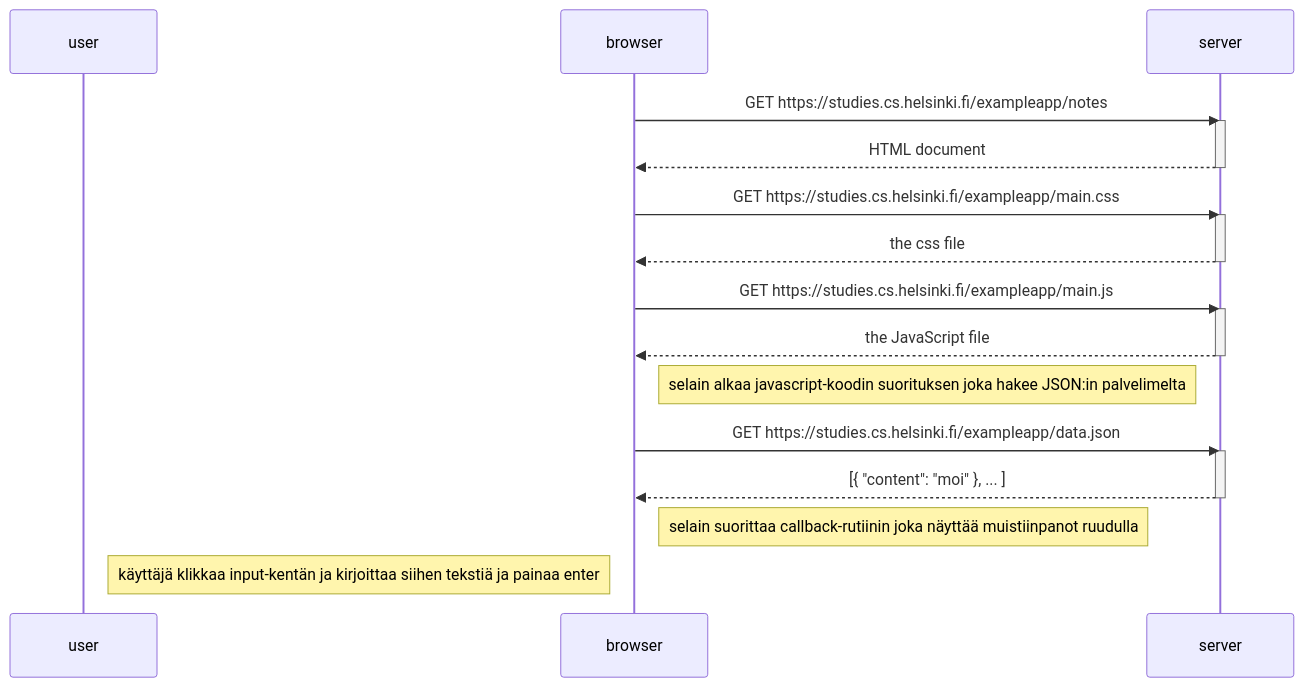
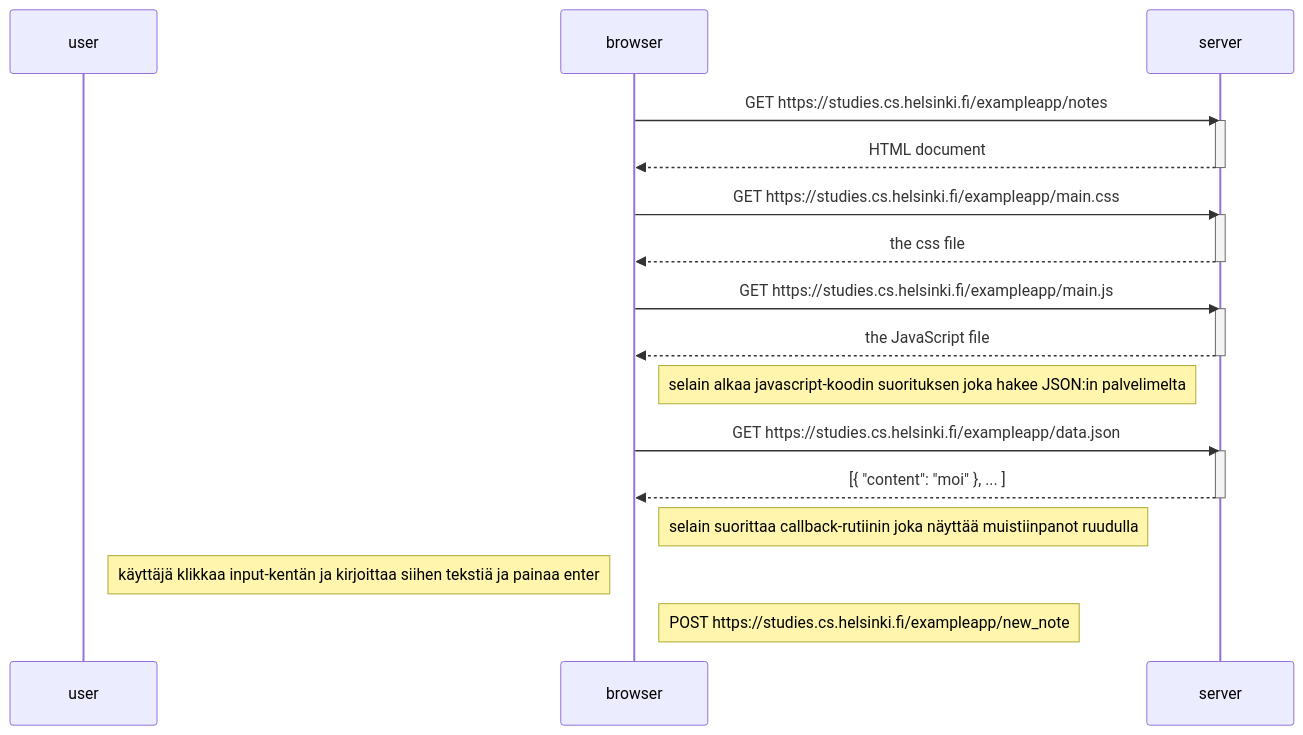
Before and after one commit to moocjsi/mooc-harj03: the diagram in mermaid-test6.md, drawn with Mermaid.

````diff
--- a/mermaid-test6.md
+++ b/mermaid-test6.md
@@ -1,33 +1,36 @@
 ```mermaid
 sequenceDiagram
     participant user
     participant browser
     participant server
     
     browser->>server: GET https://studies.cs.helsinki.fi/exampleapp/notes
     activate server
     server-->>browser: HTML document
     deactivate server
 
     browser->>server: GET https://studies.cs.helsinki.fi/exampleapp/main.css
     activate server
     server-->>browser: the css file
     deactivate server
 
     browser->>server: GET https://studies.cs.helsinki.fi/exampleapp/main.js
     activate server
     server-->>browser: the JavaScript file
     deactivate server
 
     Note right of browser: selain alkaa  javascript-koodin suorituksen joka hakee JSON:in palvelimelta
 
     browser->>server: GET https://studies.cs.helsinki.fi/exampleapp/data.json
     activate server
     server-->>browser: [{ "content": "moi" }, ... ]
     deactivate server
 
     Note right of browser: selain suorittaa callback-rutiinin joka näyttää muistiinpanot ruudulla
 
     Note right of user: käyttäjä klikkaa input-kentän ja kirjoittaa siihen tekstiä ja painaa enter
 
+    Note right of browser: POST https://studies.cs.helsinki.fi/exampleapp/new_note
+
+
 ```
````
